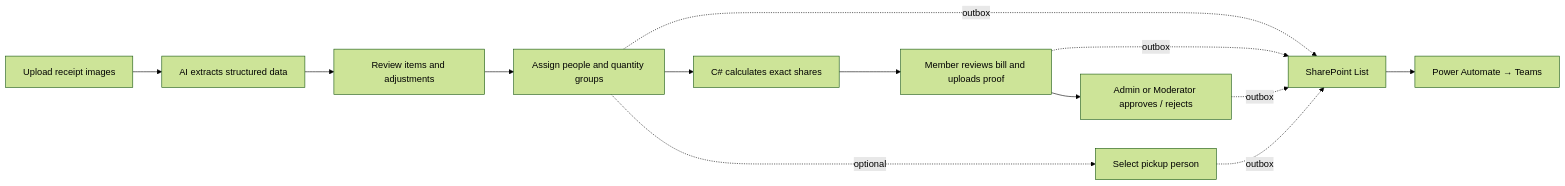
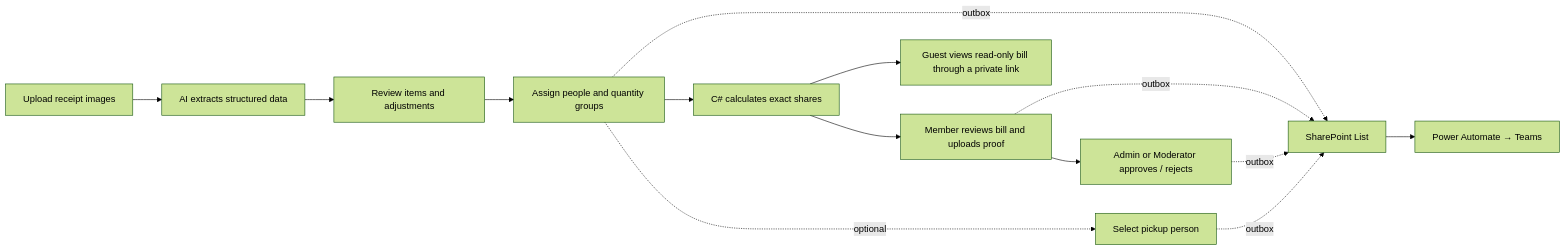
One commit to mizdodge/split-bills changed the diagram in README.md. Above: the diagram before and after it, drawn with Mermaid (forest theme). The commit also changed other lines of this file and 3 other files, not shown here.

````diff
--- a/README.md
+++ b/README.md
@@ -91,15 +93,16 @@
 ```mermaid
 flowchart LR
     A[Upload receipt images] --> B[AI extracts structured data]
     B --> C[Review items and adjustments]
     C --> D[Assign people and quantity groups]
     D --> E[C# calculates exact shares]
     D -. optional .-> P[Select pickup person]
     E --> F[Member reviews bill and uploads proof]
+    E --> H[Guest views read-only bill through a private link]
     F --> G[Admin or Moderator approves / rejects]
     D -. outbox .-> S[SharePoint List]
     F -. outbox .-> S
     G -. outbox .-> S
     P -. outbox .-> S
     S --> T[Power Automate → Teams]
 ```
````
